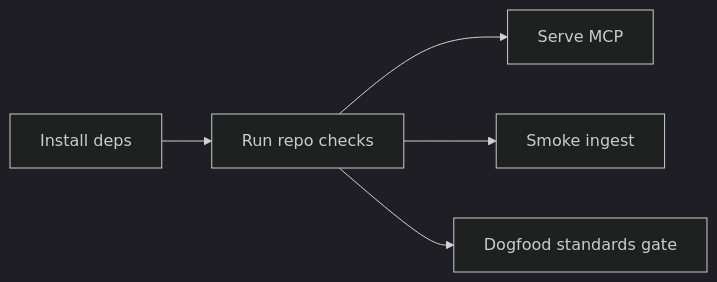
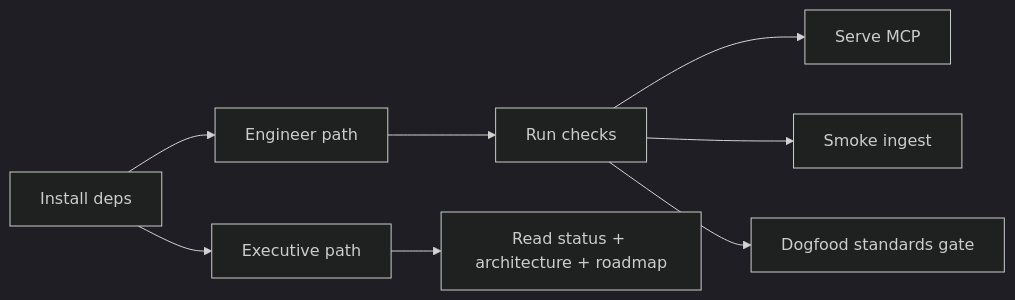
One commit to PromptExecution/reqif-opa-mcp changed the fifth of 13 diagrams in README.md. Above: the diagram before and after it, drawn with Mermaid (dark theme). The commit also changed other lines of this file and 1 other file, not shown here.

Commit message:
docs: refine README audiences and CLI diagrams

````diff
--- a/README.md
+++ b/README.md
@@ -111,7 +128,10 @@
 ```mermaid
 flowchart LR
-    A[Install deps] --> B[Run repo checks]
-    B --> C[Serve MCP]
-    B --> D[Smoke ingest]
-    B --> E[Dogfood standards gate]
+    A[Install deps] --> B[Engineer path]
+    A --> X[Executive path]
+    B --> C[Run checks]
+    C --> D[Serve MCP]
+    C --> E[Smoke ingest]
+    C --> F[Dogfood standards gate]
+    X --> G[Read status + architecture + roadmap]
 ```
````
